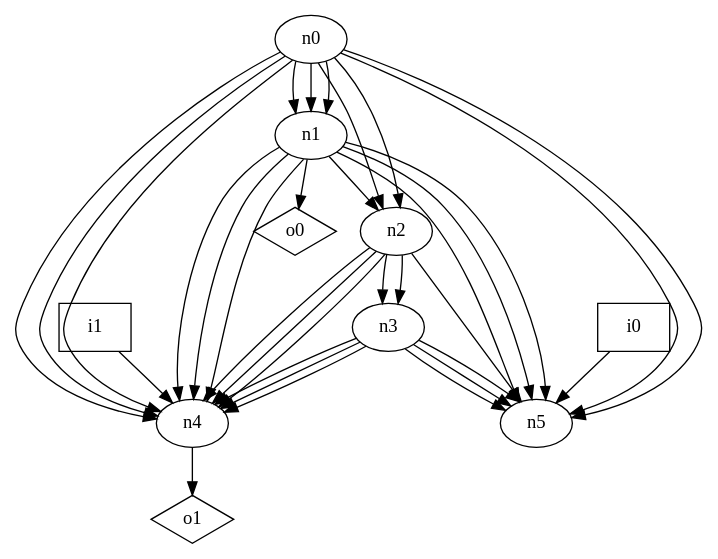
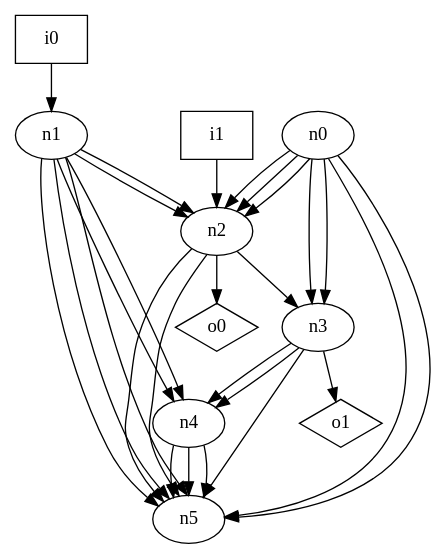
The diagram in dot_files/random/random_DAG_loop_free_graph.dot (p9romain/bool-circuits), drawn with Graphviz before and after one commit. The commit also changed 22 other files, not shown here.

```diff
--- a/dot_files/random/random_DAG_loop_free_graph.dot
+++ b/dot_files/random/random_DAG_loop_free_graph.dot
@@ -1,45 +1,39 @@
 digraph G {
 n0 [label="n0"];
 n1 [label="n1"];
 n2 [label="n2"];
 n3 [label="n3"];
 n4 [label="n4"];
 n5 [label="n5"];
 n6 [label="i0",shape="box"];
 n7 [label="i1",shape="box"];
 n8 [label="o0",shape="diamond"];
 n9 [label="o1",shape="diamond"];
-n0 -> n1
-n0 -> n1
-n0 -> n1
 n0 -> n2
 n0 -> n2
-n0 -> n4
-n0 -> n4
-n0 -> n4
+n0 -> n2
+n0 -> n3
+n0 -> n3
 n0 -> n5
 n0 -> n5
 n1 -> n2
-n1 -> n4
+n1 -> n2
 n1 -> n4
 n1 -> n4
 n1 -> n5
 n1 -> n5
 n1 -> n5
-n1 -> n8
 n2 -> n3
-n2 -> n3
-n2 -> n4
-n2 -> n4
-n2 -> n4
 n2 -> n5
-n3 -> n4
+n2 -> n5
+n2 -> n8
 n3 -> n4
 n3 -> n4
 n3 -> n5
-n3 -> n5
-n3 -> n5
-n4 -> n9
-n6 -> n5
-n7 -> n4
+n3 -> n9
+n4 -> n5
+n4 -> n5
+n4 -> n5
+n6 -> n1
+n7 -> n2
 }
```
